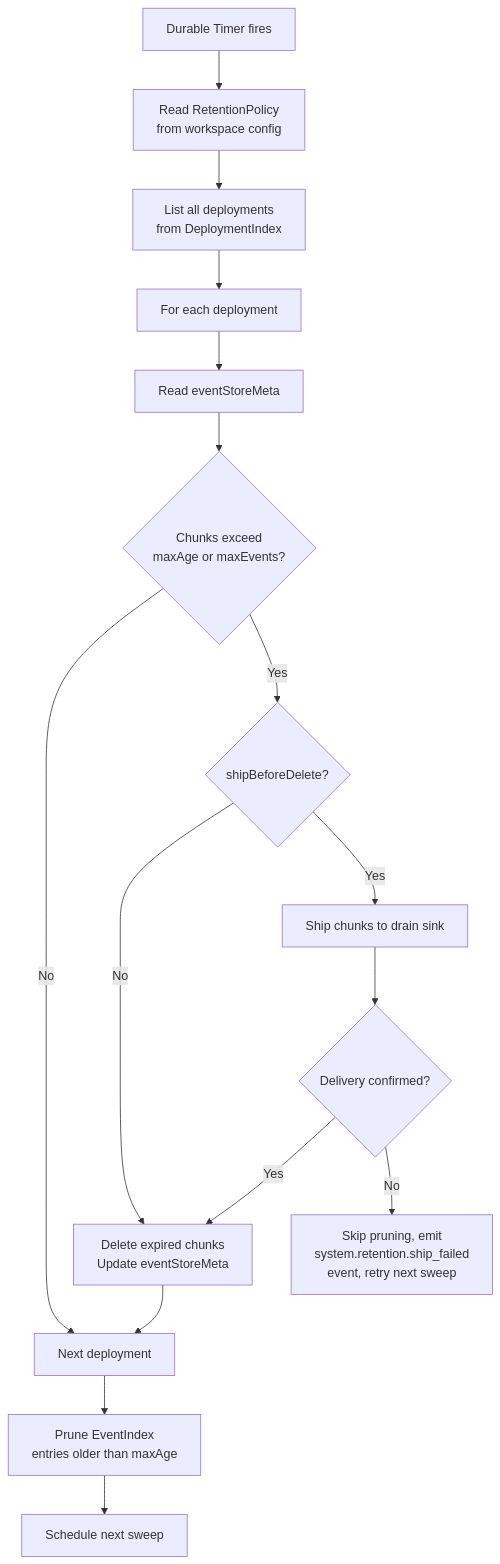
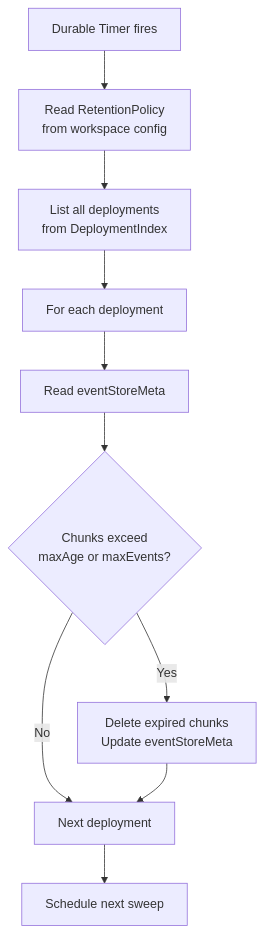
One commit to shirvan/praxis changed the second of 3 diagrams in docs/EVENTS.md. Above: the diagram before and after it, drawn with Mermaid. The commit also changed other lines of this file and 7 other files, not shown here.

First line of the commit message:
docs: sweep all documentation for the new architecture

````diff
--- a/docs/EVENTS.md
+++ b/docs/EVENTS.md
@@ -576,18 +515,12 @@
 ```mermaid
 flowchart TD
     T["Durable Timer fires"] --> RP["Read RetentionPolicy<br/>from workspace config"]
     RP --> DL["List all deployments<br/>from DeploymentIndex"]
     DL --> EACH["For each deployment"]
     EACH --> META["Read eventStoreMeta"]
     META --> CHECK{"Chunks exceed<br/>maxAge or maxEvents?"}
     CHECK -->|No| NEXT["Next deployment"]
-    CHECK -->|Yes| SHIP{"shipBeforeDelete?"}
-    SHIP -->|No| PRUNE["Delete expired chunks<br/>Update eventStoreMeta"]
-    SHIP -->|Yes| DRAIN["Ship chunks to drain sink"]
-    DRAIN --> CONFIRM{"Delivery confirmed?"}
-    CONFIRM -->|Yes| PRUNE
-    CONFIRM -->|No| SKIP["Skip pruning, emit<br/>system.retention.ship_failed<br/>event, retry next sweep"]
+    CHECK -->|Yes| PRUNE["Delete expired chunks<br/>Update eventStoreMeta"]
     PRUNE --> NEXT
-    NEXT --> IDX["Prune EventIndex<br/>entries older than maxAge"]
-    IDX --> SCHED["Schedule next sweep"]
+    NEXT --> SCHED["Schedule next sweep"]
 ```
````
